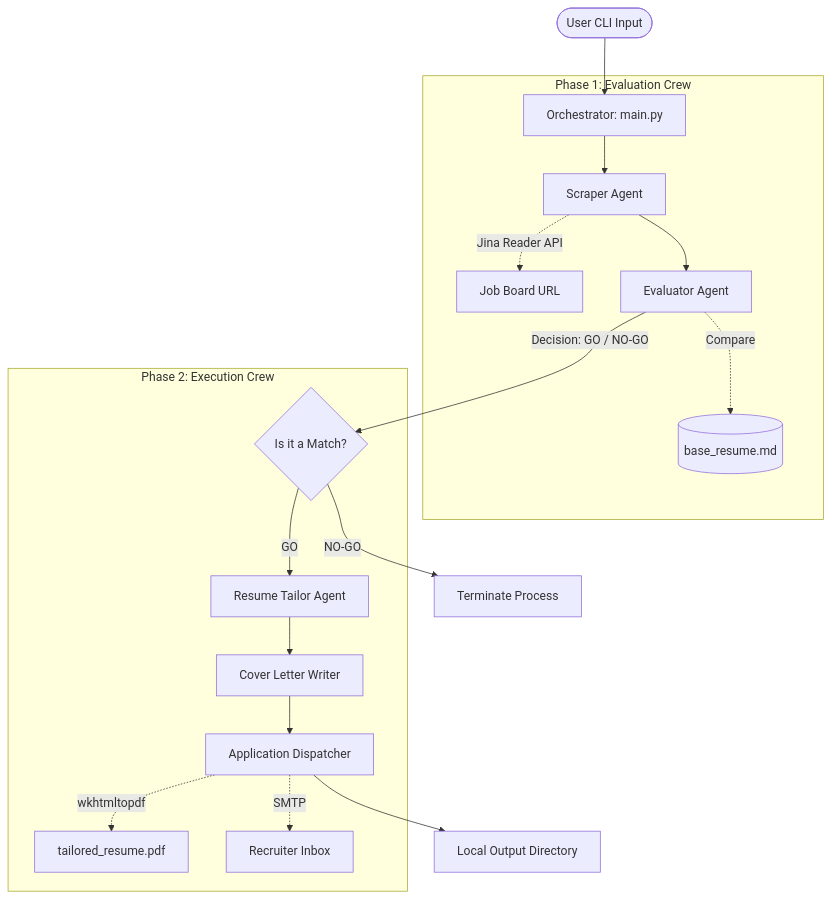
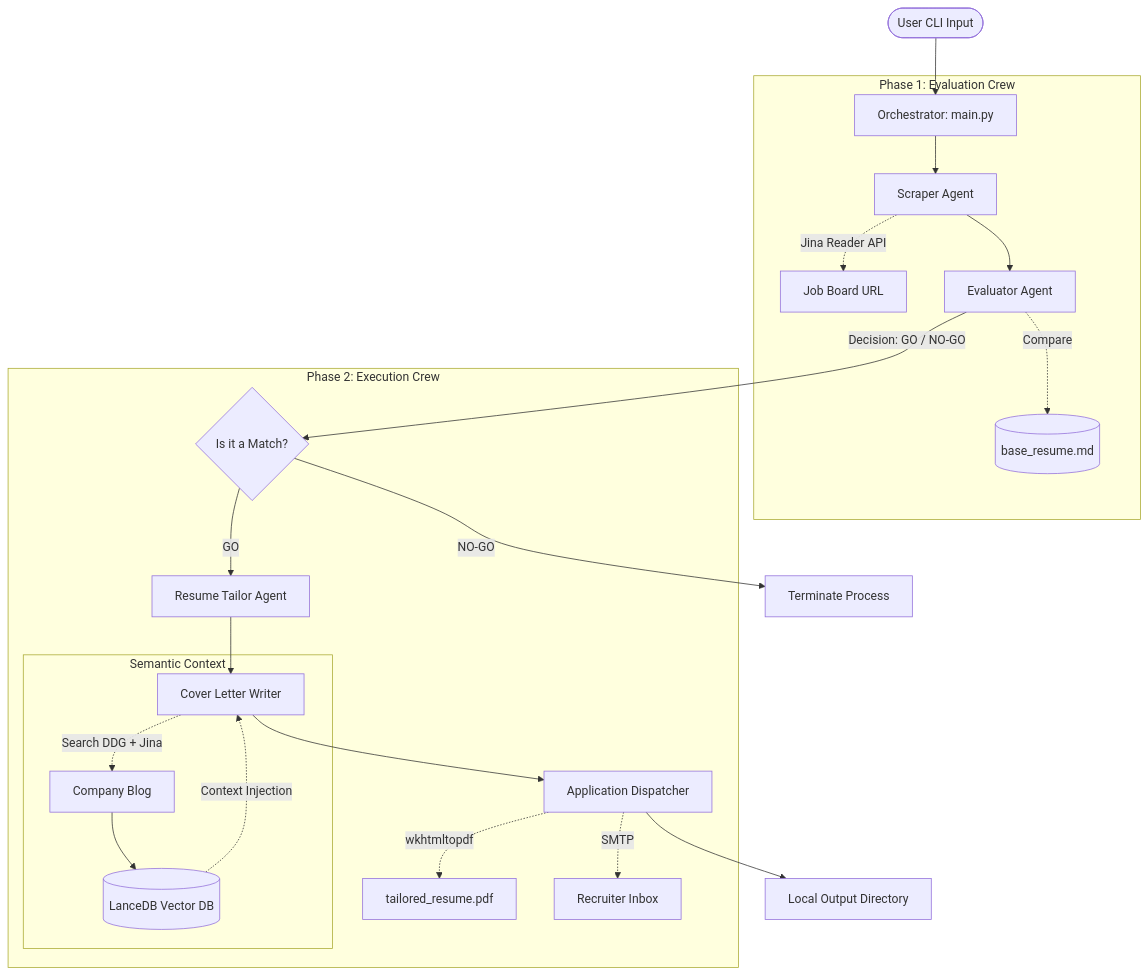
The diagram in docs/ARCHITECTURE.md (vikastiwari/multi-agent-job-apply-eu), drawn with Mermaid before and after one commit. The commit also changed other lines of this file and 4 other files, not shown here.

````diff
--- a/docs/ARCHITECTURE.md
+++ b/docs/ARCHITECTURE.md
@@ -9,25 +9,32 @@
 ```mermaid
 graph TD;
     User([User CLI Input]) --> Main[Orchestrator: main.py]
     
     subgraph Phase 1: Evaluation Crew
         Main --> Scraper[Scraper Agent]
         Scraper -.->|Jina Reader API| Website[Job Board URL]
         Scraper --> Evaluator[Evaluator Agent]
         Evaluator -.->|Compare| BaseResume[(base_resume.md)]
     end
     
     Evaluator -->|Decision: GO / NO-GO| Check{Is it a Match?}
     Check -->|NO-GO| Abort[Terminate Process]
     
     subgraph Phase 2: Execution Crew
         Check -->|GO| Tailor[Resume Tailor Agent]
         Tailor --> Writer[Cover Letter Writer]
+        
+        subgraph Semantic Context
+            Writer -.->|Search DDG + Jina| CompanyWeb[Company Blog]
+            CompanyWeb --> LanceDB[(LanceDB Vector DB)]
+            LanceDB -.->|Context Injection| Writer
+        end
+        
         Writer --> Executor[Application Dispatcher]
         
         Executor -.->|wkhtmltopdf| PDF[tailored_resume.pdf]
         Executor -.->|SMTP| Email[Recruiter Inbox]
     end
     
     Executor --> OutputDir[Local Output Directory]
 ```
````
